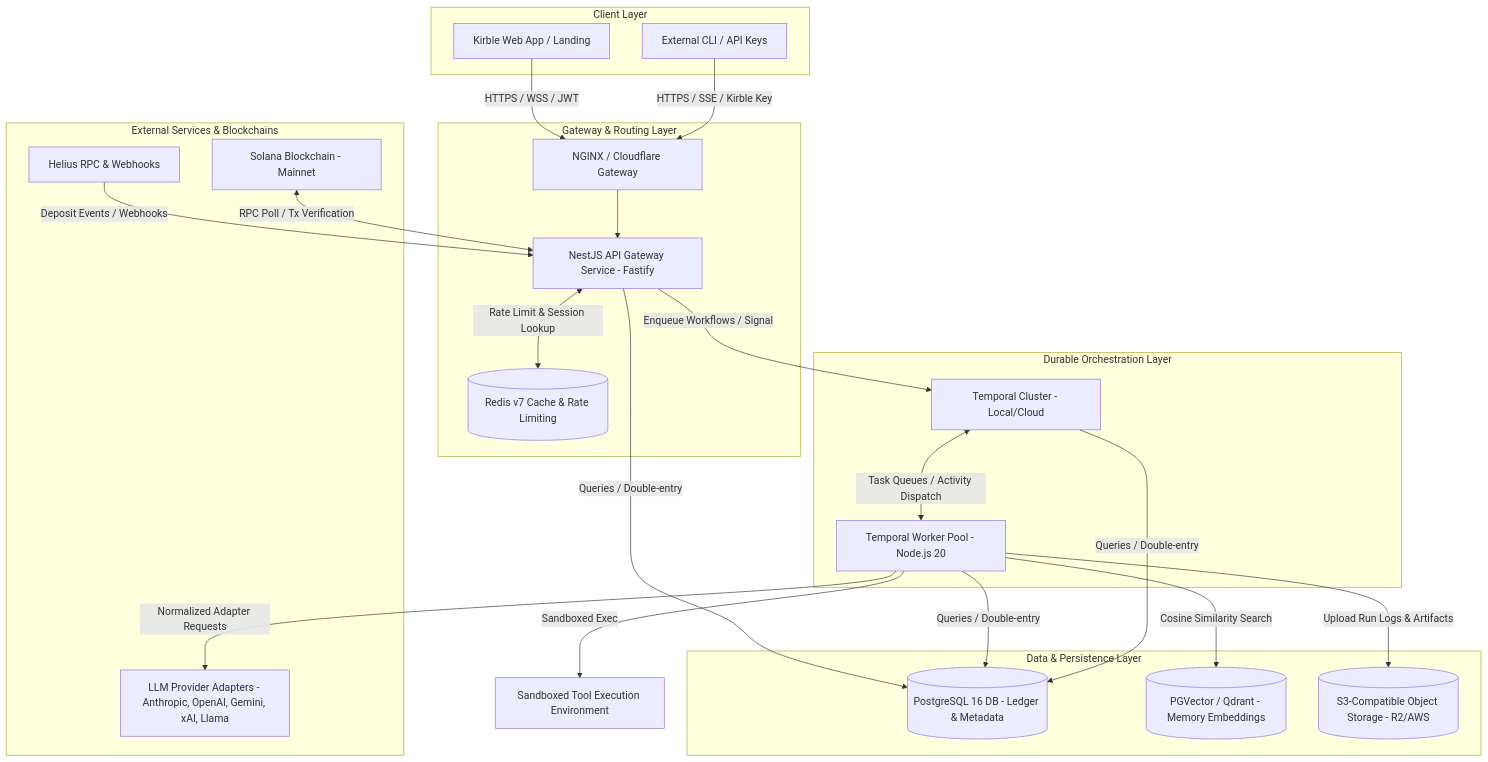
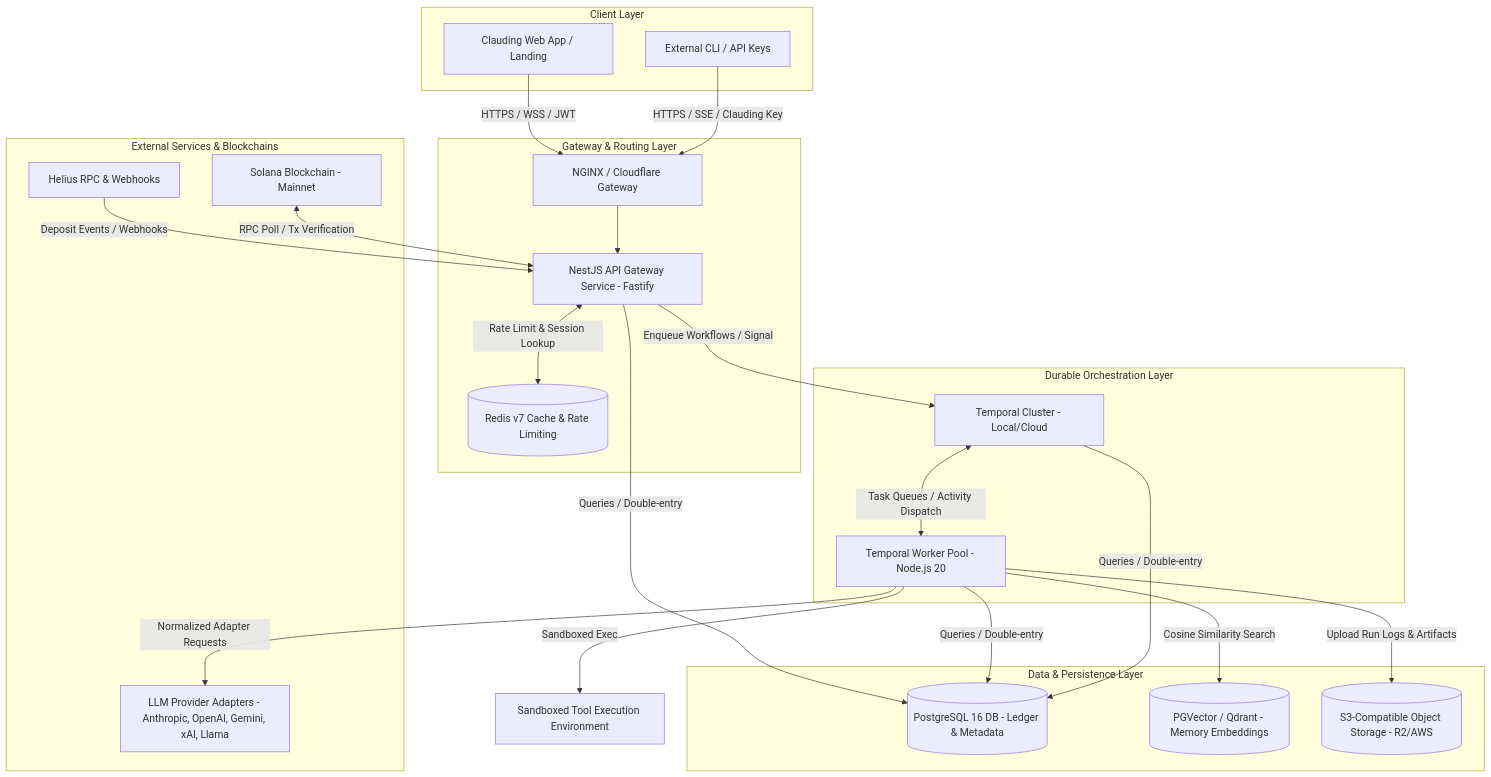
The first of 4 diagrams in docs/KIRBLE_BACKEND_EXECUTION_GUIDE.md (bimoadis/Clauding), drawn with Mermaid before and after one commit. The commit also changed other lines of this file and 45 other files, not shown here.

````diff
--- a/docs/KIRBLE_BACKEND_EXECUTION_GUIDE.md
+++ b/docs/KIRBLE_BACKEND_EXECUTION_GUIDE.md
@@ -12,54 +12,54 @@
 ```mermaid
 flowchart TB
   subgraph Clients [Client Layer]
-    WebClient[Kirble Web App / Landing]
+    WebClient[Clauding Web App / Landing]
     APIClient[External CLI / API Keys]
   end
 
   subgraph Gateway [Gateway & Routing Layer]
     NGINX[NGINX / Cloudflare Gateway]
     NestAPI[NestJS API Gateway Service - Fastify]
     RedisCache[(Redis v7 Cache & Rate Limiting)]
   end
 
   subgraph Orchestration [Durable Orchestration Layer]
     TemporalServer[Temporal Cluster - Local/Cloud]
     AgentWorkerPool[Temporal Worker Pool - Node.js 20]
   end
 
   subgraph Databases [Data & Persistence Layer]
     PostgreSQL[(PostgreSQL 16 DB - Ledger & Metadata)]
     PGVector[(PGVector / Qdrant - Memory Embeddings)]
     S3Store[(S3-Compatible Object Storage - R2/AWS)]
   end
 
   subgraph External [External Services & Blockchains]
     Solana[Solana Blockchain - Mainnet]
     Helius[Helius RPC & Webhooks]
     LLMProviders[LLM Provider Adapters - Anthropic, OpenAI, Gemini, xAI, Llama]
   end
 
 
   %% Client Routing
   WebClient -->|HTTPS / WSS / JWT| NGINX
-  APIClient -->|HTTPS / SSE / Kirble Key| NGINX
+  APIClient -->|HTTPS / SSE / Clauding Key| NGINX
   NGINX --> NestAPI
 
   %% Gateway Interactions
   NestAPI <-->|Rate Limit & Session Lookup| RedisCache
   NestAPI -->|Enqueue Workflows / Signal| TemporalServer
 
   %% Workflow Orchestration
   TemporalServer <-->|Task Queues / Activity Dispatch| AgentWorkerPool
   AgentWorkerPool -->|Sandboxed Exec| ToolsRuntime[Sandboxed Tool Execution Environment]
 
   %% Persistence Connections
   NestAPI & AgentWorkerPool & TemporalServer -->|Queries / Double-entry| PostgreSQL
   AgentWorkerPool -->|Cosine Similarity Search| PGVector
   AgentWorkerPool -->|Upload Run Logs & Artifacts| S3Store
 
   %% Blockchain & LLM gateways
   Helius -->|Deposit Events / Webhooks| NestAPI
   Solana <-->|RPC Poll / Tx Verification| NestAPI
   AgentWorkerPool -->|Normalized Adapter Requests| LLMProviders
 ```
````
